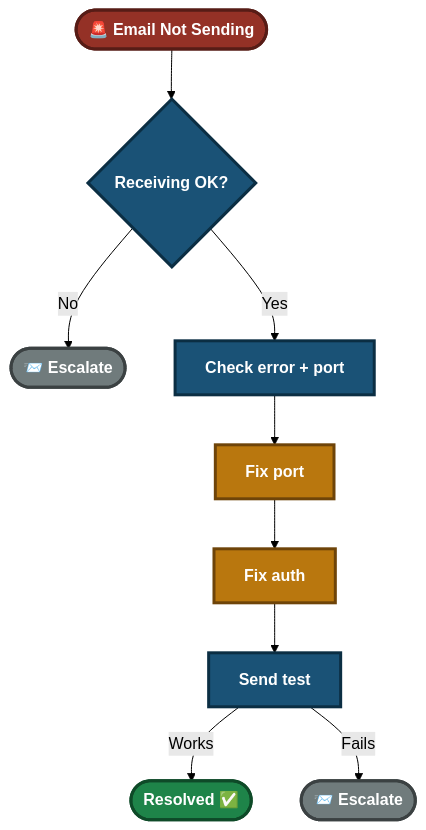
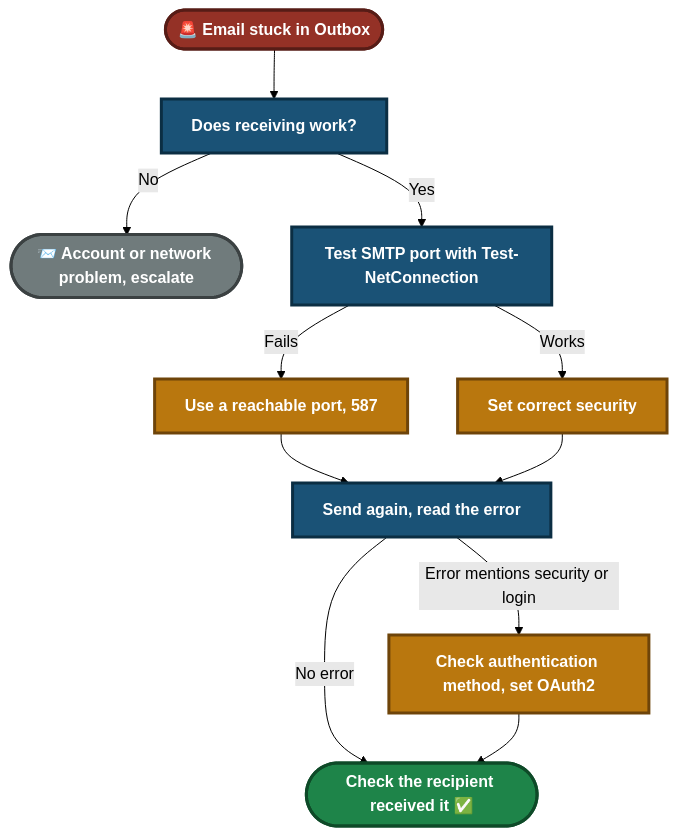
Before and after one commit to malaika-azhar/Customer-Tech-Support-Portfolio: the fifth of 5 diagrams in 01-Video-knowledge-base/01.2-Email-Sending-Failure.md, drawn with Mermaid (forest theme). The commit also changed other lines of this file, not shown here.

````diff
--- a/01-Video-knowledge-base/01.2-Email-Sending-Failure.md
+++ b/01-Video-knowledge-base/01.2-Email-Sending-Failure.md
@@ -319,17 +385,19 @@
 ```mermaid
 flowchart TD
-    Start(["🚨 Email Not Sending"]):::start --> A{"Receiving OK?"}:::step
-    A -->|No| B(["📨 Escalate"]):::esc
-    A -->|Yes| C["Check error + port"]:::step
-    C --> D["Fix port"]:::fix
-    D --> E["Fix auth"]:::fix
-    E --> G["Send test"]:::step
-    G -->|Works| End1(["Resolved ✅"]):::ok
-    G -->|Fails| End2(["📨 Escalate"]):::esc
+    Start(["🚨 Email stuck in Outbox"]):::start --> A["Does receiving work?"]:::step
+    A -->|No| C(["📨 Account or network problem, escalate"]):::esc
+    A -->|Yes| B["Test SMTP port with Test-NetConnection"]:::step
+    B -->|Fails| D["Use a reachable port, 587"]:::fix
+    B -->|Works| E["Set correct security"]:::fix
+    D --> F["Send again, read the error"]:::step
+    E --> F
+    F -->|Error mentions security or login| G["Check authentication method, set OAuth2"]:::fix
+    F -->|No error| H(["Check the recipient received it ✅"]):::ok
+    G --> H
 
     classDef start fill:#943126,stroke:#571C16,stroke-width:3px,color:#FFFFFF,font-weight:bold
     classDef step fill:#1A5276,stroke:#0B2E43,stroke-width:3px,color:#FFFFFF,font-weight:bold
     classDef fix fill:#B9770E,stroke:#6E4409,stroke-width:3px,color:#FFFFFF,font-weight:bold
     classDef ok fill:#1E8449,stroke:#0E4A28,stroke-width:3px,color:#FFFFFF,font-weight:bold
     classDef esc fill:#707B7C,stroke:#3B4142,stroke-width:3px,color:#FFFFFF,font-weight:bold
 ```
````
